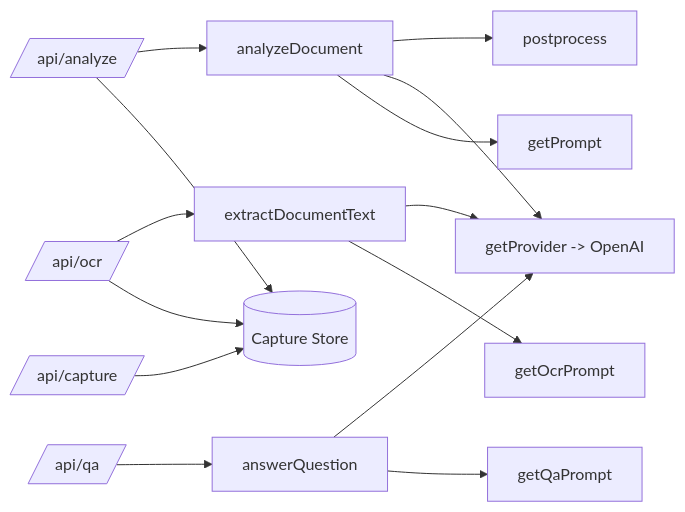
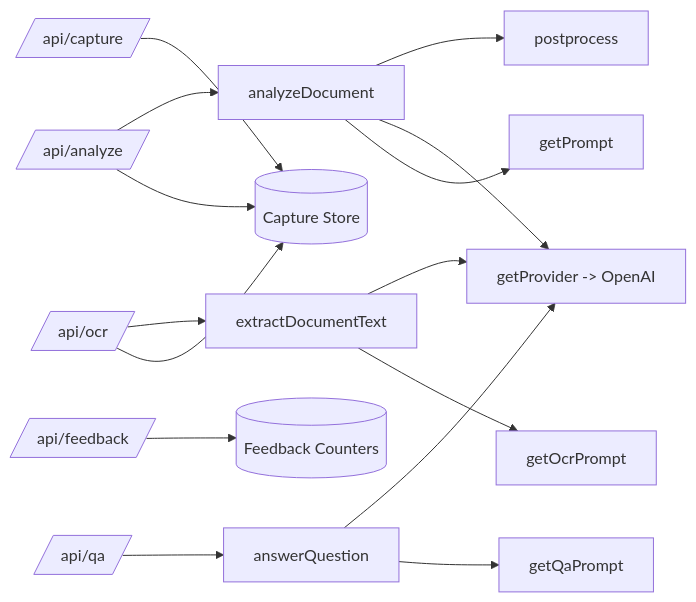
The diagram in docs/architecture/C3.md (raferbati-br/entenda-o-documento), drawn with Mermaid before and after one commit. The commit also changed other lines of this file and 4 other files, not shown here.

````diff
--- a/docs/architecture/C3.md
+++ b/docs/architecture/C3.md
@@ -19,16 +20,17 @@
 ```mermaid
 flowchart LR
   Capture[/api/capture/] --> Store[(Capture Store)]
   Ocr[/api/ocr/] --> Store
   Analyze[/api/analyze/] --> Store
+  Feedback[/api/feedback/] --> FeedbackStore[(Feedback Counters)]
   Qa[/api/qa/] --> QaFlow[answerQuestion]
   QaFlow --> QaPrompt[getQaPrompt]
   QaFlow --> Provider
   Ocr --> OcrFlow[extractDocumentText]
   OcrFlow --> OcrPrompt[getOcrPrompt]
   OcrFlow --> Provider
   Analyze --> AnalyzeDoc[analyzeDocument]
   AnalyzeDoc --> Prompt[getPrompt]
   AnalyzeDoc --> Provider[getProvider -> OpenAI]
   AnalyzeDoc --> Postprocess[postprocess]
 ```
````
